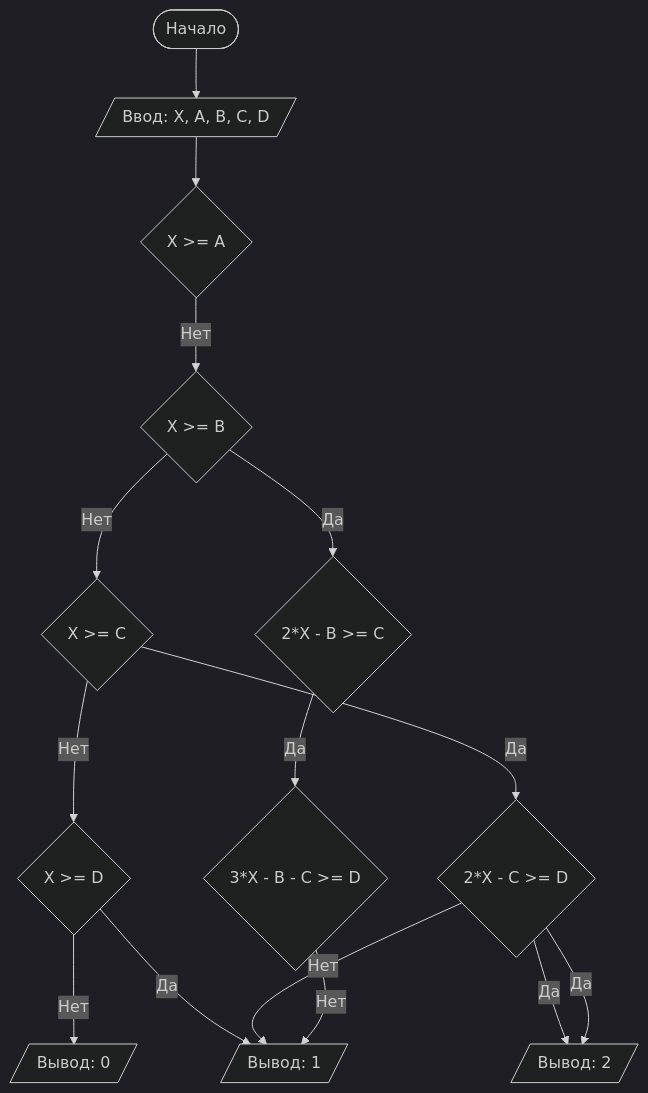
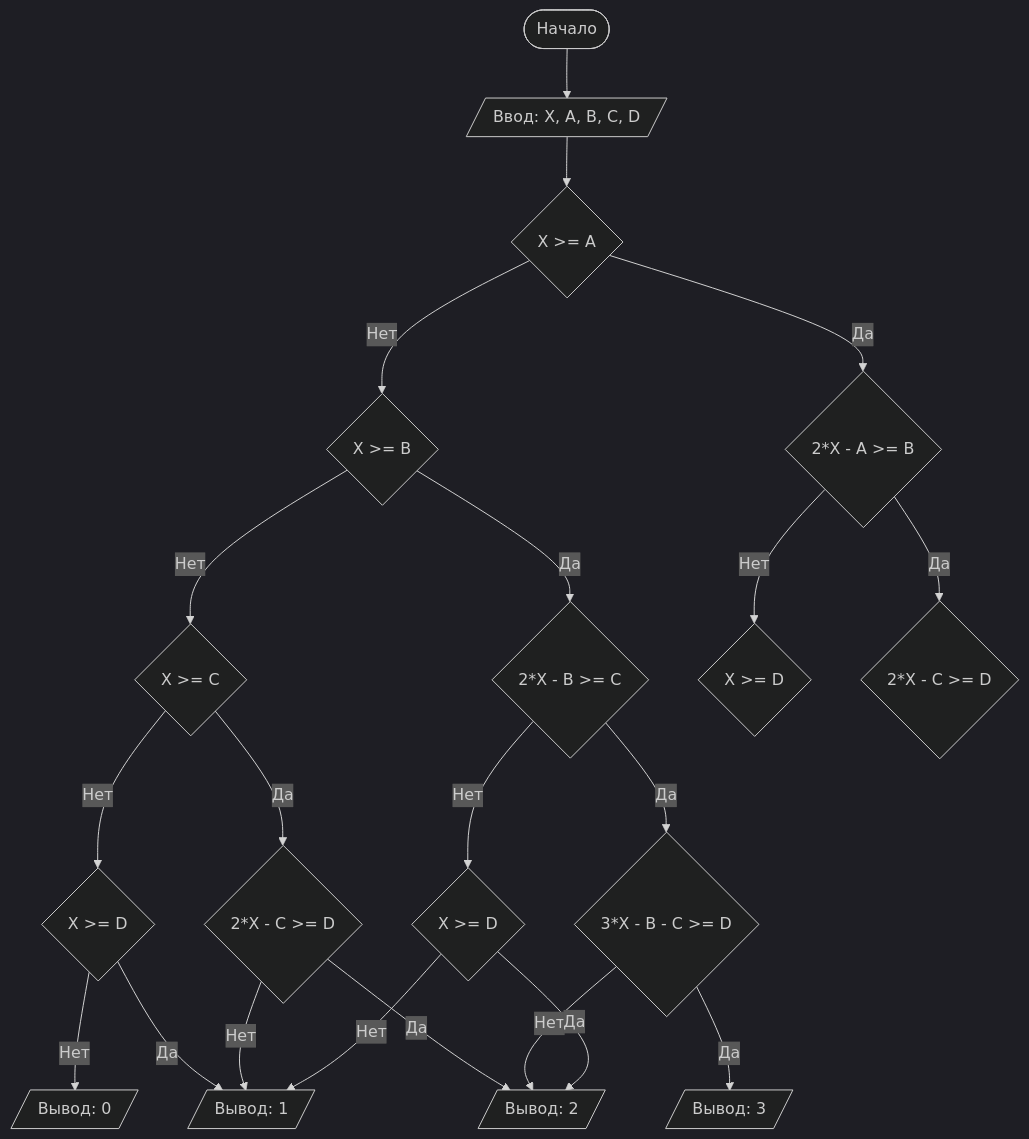
One commit to vikanest96/lab1 changed the diagram in README.md. Above: the diagram before and after it, drawn with Mermaid (dark theme).

````diff
--- a/README.md
+++ b/README.md
@@ -78,21 +78,30 @@
 ```mermaid
 graph TD
     A([Начало]) --> B[/Ввод: X, A, B, C, D/]
     B --> C{X >= A}
     C -- Нет --> D{X >= B}
     D -- Нет --> E{X >= C}
     E -- Нет --> F{X >= D}
     F -- Нет --> H[/Вывод: 0/]
     F -- Да --> I[/Вывод: 1/]
     E -- Да --> J{2*X - C >= D}
     J -- Нет --> I[/Вывод: 1/]
     J -- Да --> K[/Вывод: 2/]
     D -- Да --> L{2*X - B >= C}
     L -- Да --> N{3*X - B - C >= D}
-     -- Нет --> I[/Вывод: 1/]
-    J -- Да --> K[/Вывод: 2/]
+    N -- Нет --> K[/Вывод: 2/]
+    N -- Да --> S[/Вывод: 3/]
+    L -- Нет --> T{X >= D}
+    T -- Нет --> I[/Вывод: 1/]
+    T -- Да --> K[/Вывод: 2/]
+    C -- Да --> M{2*X - A >= B}
+    M -- Нет --> G{X >= D}
+    M -- Да --> R{2*X - C >= D}
+    
+
+
 
 
 
 
 ```
````
